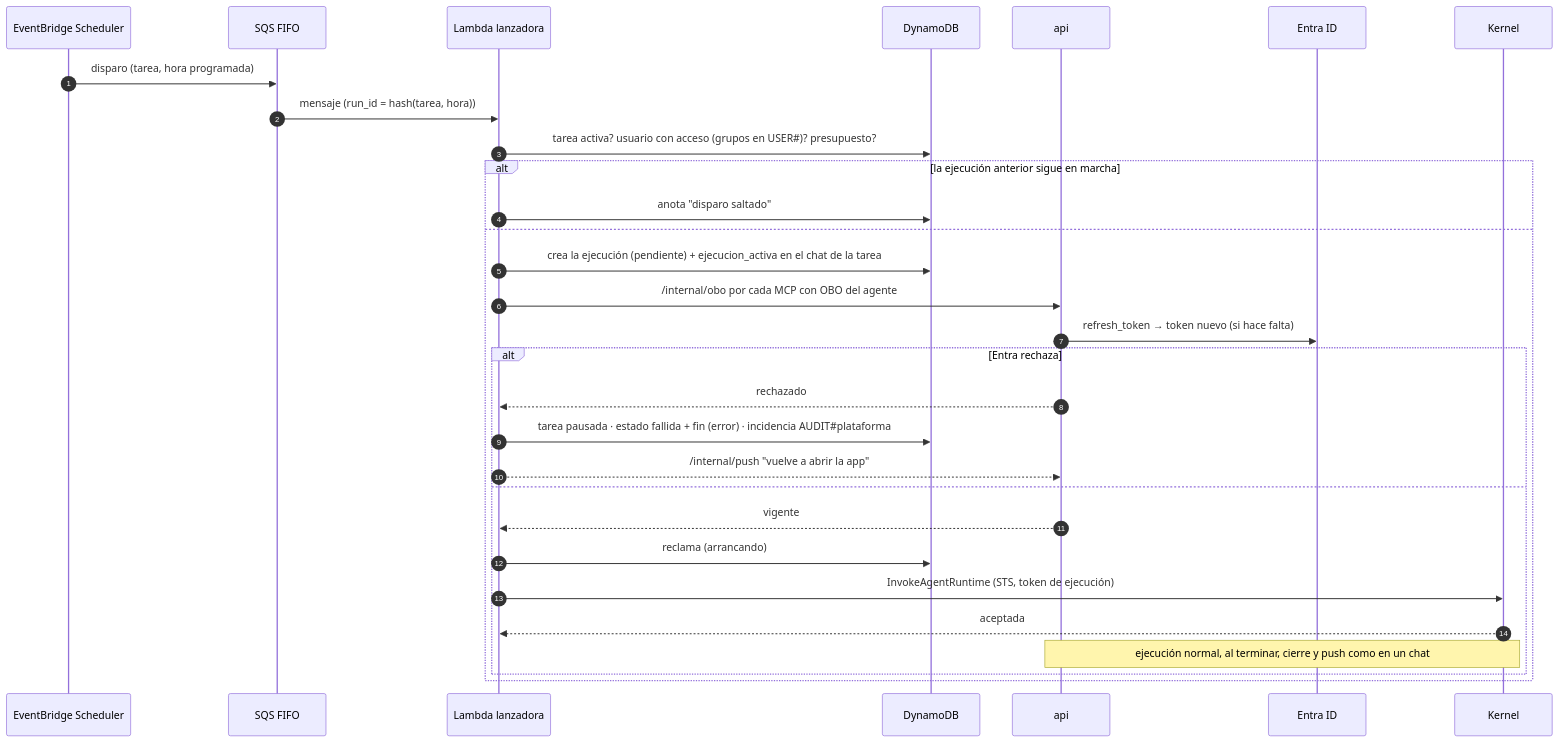
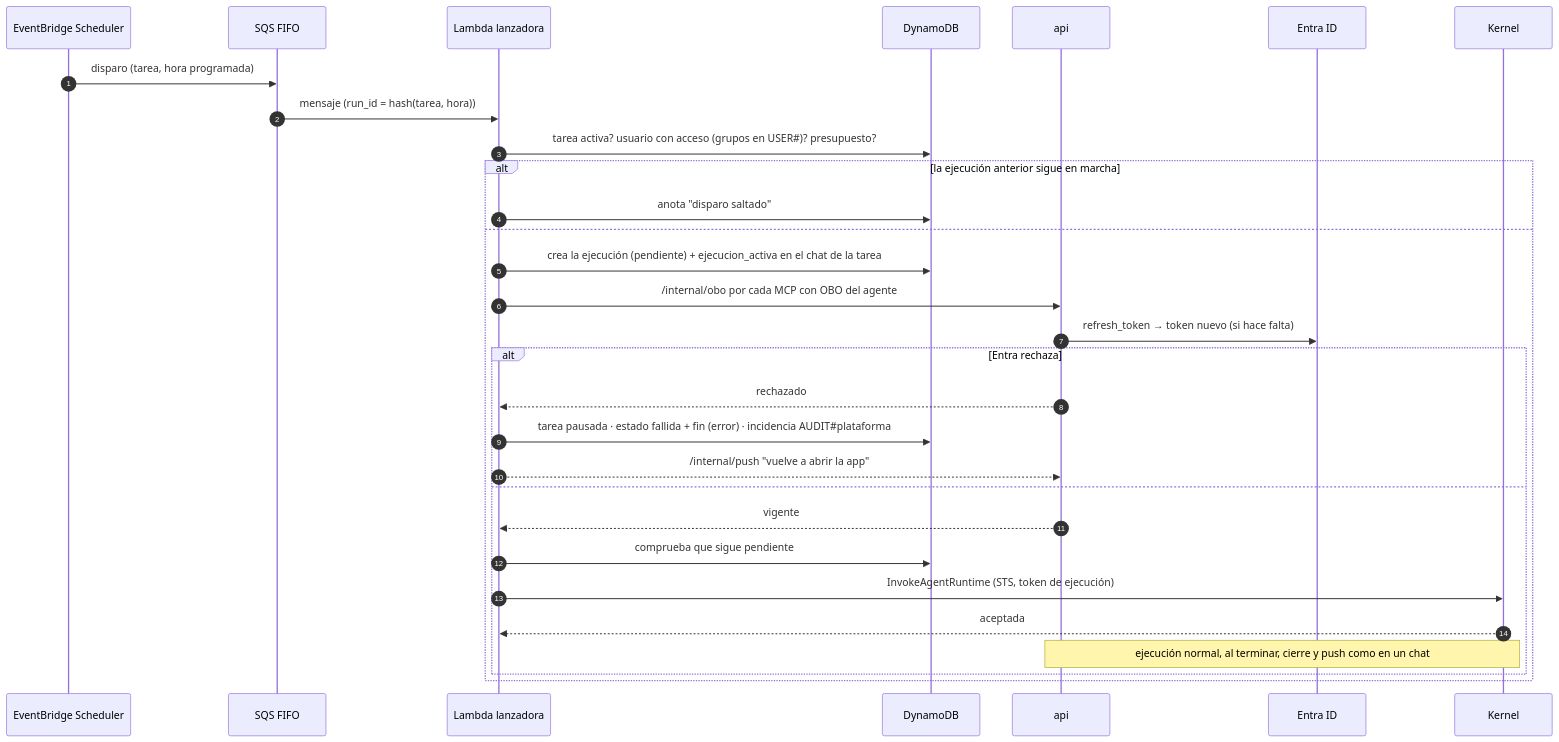
Before and after one commit to ikermendi/sample-agent-platform-with-agentcore: the seventh of 7 diagrams in docs/arquitectura-agentes.md, drawn with Mermaid. The commit also changed other lines of this file, not shown here.

First line of the commit message:
docs: simplificaciones de eficiencia (run_id como idempotencia, sin estado arrancando, allow en el token, catálogo como código, borrado por la vigilante, Limits por subagente, aprobaciones sin hash)

````diff
--- a/docs/arquitectura-agentes.md
+++ b/docs/arquitectura-agentes.md
@@ -896,33 +893,33 @@
 ```mermaid
 sequenceDiagram
   autonumber
   participant S as EventBridge Scheduler
   participant Q as SQS FIFO
   participant L as Lambda lanzadora
   participant D as DynamoDB
   participant API as api
   participant E as Entra ID
   participant K as Kernel
 
   S->>Q: disparo (tarea, hora programada)
   Q->>L: mensaje (run_id = hash(tarea, hora))
   L->>D: tarea activa? usuario con acceso (grupos en USER#35;)? presupuesto?
   alt la ejecución anterior sigue en marcha
     L->>D: anota "disparo saltado"
   else
     L->>D: crea la ejecución (pendiente) + ejecucion_activa en el chat de la tarea
     L->>API: /internal/obo por cada MCP con OBO del agente
     API->>E: refresh_token → token nuevo (si hace falta)
     alt Entra rechaza
       API-->>L: rechazado
       L->>D: tarea pausada · estado fallida + fin (error) · incidencia AUDIT#35;plataforma
       L-->>API: /internal/push "vuelve a abrir la app"
     else
       API-->>L: vigente
-      L->>D: reclama (arrancando)
+      L->>D: comprueba que sigue pendiente
       L->>K: InvokeAgentRuntime (STS, token de ejecución)
       K-->>L: aceptada
       Note over API,K: ejecución normal, al terminar, cierre y push como en un chat
     end
   end
 ```
````
